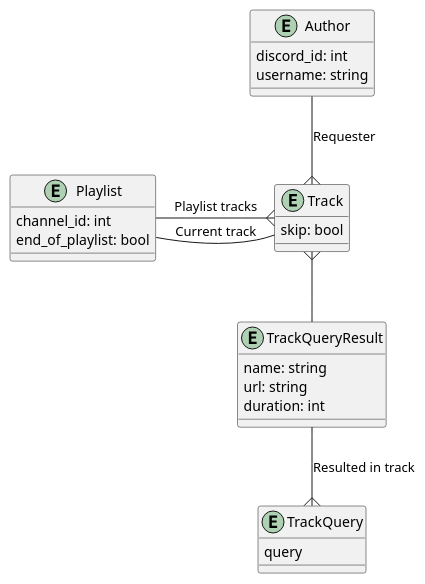
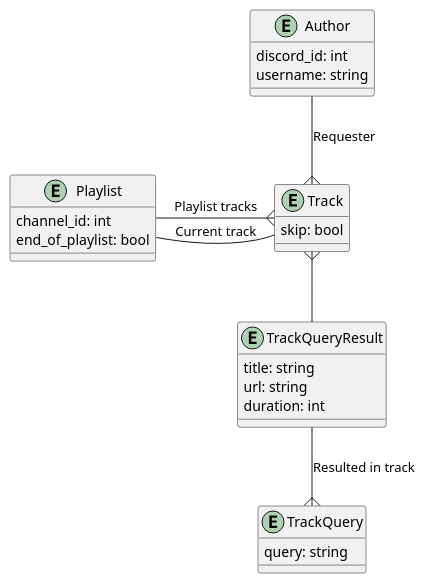
The diagram in documents/db-model.md (joelwachsler/joovy), drawn with PlantUML before and after one commit. The commit also changed 16 other files, not shown here.

````diff
--- a/documents/db-model.md
+++ b/documents/db-model.md
@@ -1,32 +1,32 @@
 ```plantuml
 entity Author {
   discord_id: int
   username: string
 }
 
 entity Playlist {
   channel_id: int
   end_of_playlist: bool
 }
 
 entity Track {
   skip: bool
 }
 
 entity TrackQuery {
-  query
+  query: string
 }
 
 entity TrackQueryResult {
-  name: string
+  title: string
   url: string
   duration: int
 }
 
 Author --{ Track: Requester
 Playlist -{ Track: Playlist tracks
 Playlist -- Track: Current track
 Track }-- TrackQueryResult
 TrackQueryResult --{ TrackQuery: Resulted in track
 
 ```
````
